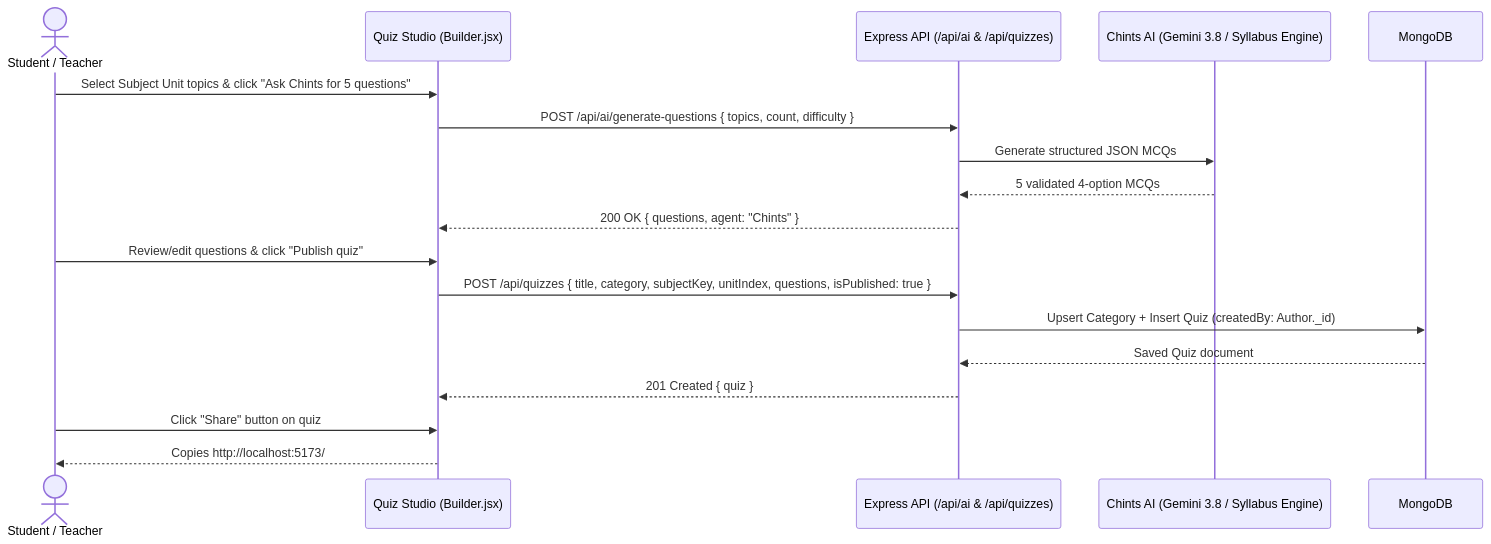
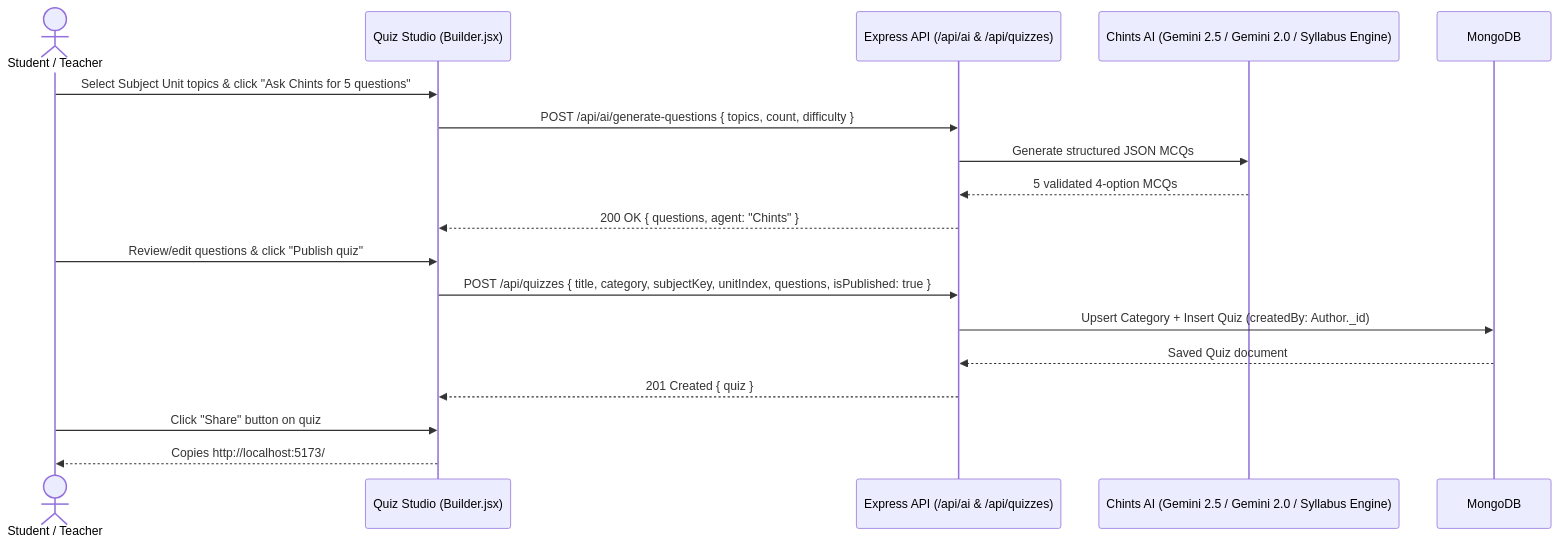
One commit to SamatmaAB/Online-Quiz-SE-Project changed the second of 3 diagrams in docs/SAD_Software_Architecture_and_Design.md. Above: the diagram before and after it, drawn with Mermaid. The commit also changed other lines of this file and 11 other files, not shown here.

````diff
--- a/docs/SAD_Software_Architecture_and_Design.md
+++ b/docs/SAD_Software_Architecture_and_Design.md
@@ -66,21 +66,21 @@
 ```mermaid
 sequenceDiagram
   actor Author as Student / Teacher
   participant UI as Quiz Studio (Builder.jsx)
   participant API as Express API (/api/ai & /api/quizzes)
-  participant Chints as Chints AI (Gemini 3.8 / Syllabus Engine)
+  participant Chints as Chints AI (Gemini 2.5 / Gemini 2.0 / Syllabus Engine)
   participant DB as MongoDB
 
   Author->>UI: Select Subject Unit topics & click "Ask Chints for 5 questions"
   UI->>API: POST /api/ai/generate-questions { topics, count, difficulty }
   API->>Chints: Generate structured JSON MCQs
   Chints-->>API: 5 validated 4-option MCQs
   API-->>UI: 200 OK { questions, agent: "Chints" }
   Author->>UI: Review/edit questions & click "Publish quiz"
   UI->>API: POST /api/quizzes { title, category, subjectKey, unitIndex, questions, isPublished: true }
   API->>DB: Upsert Category + Insert Quiz (createdBy: Author._id)
   DB-->>API: Saved Quiz document
   API-->>UI: 201 Created { quiz }
   Author->>UI: Click "Share" button on quiz
   UI-->>Author: Copies http://localhost:5173/#/quiz/<quizId> to clipboard
 ```
````
